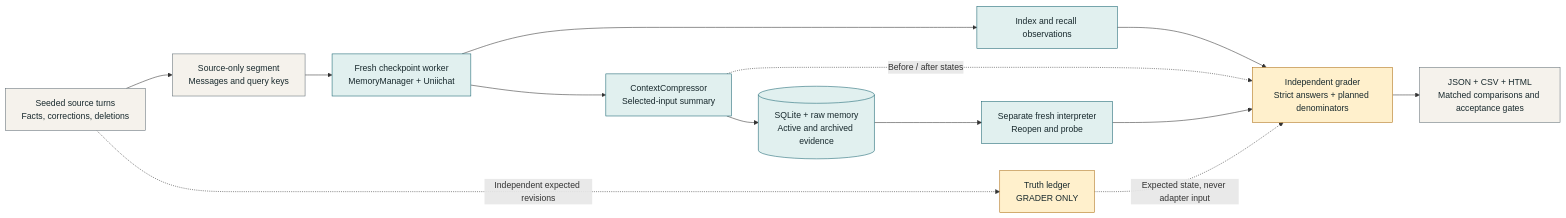
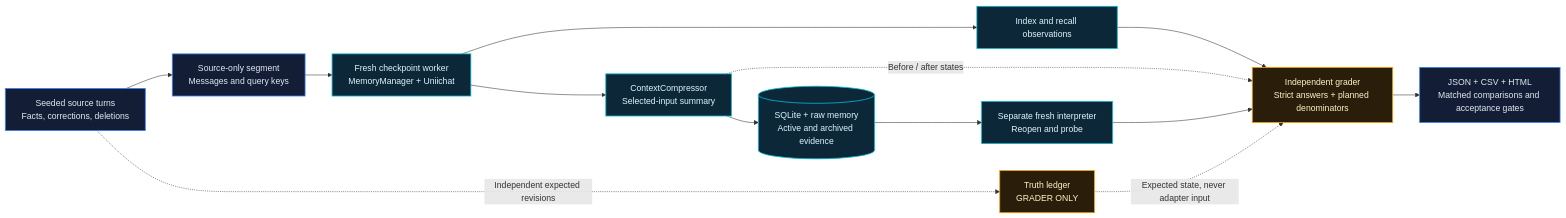
Before and after one commit to DevvGwardo/hermes-memory-lab: the diagram in docs/diagrams/evidence-flow.mmd, drawn with Mermaid. The commit also changed 8 other files, not shown here.

Commit message:
docs: theme Mermaid diagrams and images with Hermes dark branding

```diff
--- a/docs/diagrams/evidence-flow.mmd
+++ b/docs/diagrams/evidence-flow.mmd
@@ -1,19 +1,19 @@
 flowchart LR
     Source["Seeded source turns<br/>Facts, corrections, deletions"] --> Input["Source-only segment<br/>Messages and query keys"]
     Source -. "Independent expected revisions" .-> Ledger["Truth ledger<br/>GRADER ONLY"]
     Input --> Runtime["Fresh checkpoint worker<br/>MemoryManager + Uniichat"]
     Runtime --> Recall["Index and recall observations"]
     Runtime --> Compact["ContextCompressor<br/>Selected-input summary"]
     Compact --> DB[("SQLite + raw memory<br/>Active and archived evidence")]
     DB --> Restart["Separate fresh interpreter<br/>Reopen and probe"]
     Recall --> Grade["Independent grader<br/>Strict answers + planned denominators"]
     Compact -. "Before / after states" .-> Grade
     Restart --> Grade
     Ledger -. "Expected state, never adapter input" .-> Grade
     Grade --> Reports["JSON + CSV + HTML<br/>Matched comparisons and acceptance gates"]
-    classDef source fill:#f5f2ec,stroke:#626f77,color:#18292d
-    classDef real fill:#e1f0ef,stroke:#176370,color:#18292d
-    classDef grader fill:#fff0cc,stroke:#ad6f16,color:#18292d
+    classDef source fill:#131e36,stroke:#3b82f6,stroke-width:1.5px,color:#e2e8f0
+    classDef real fill:#0c2838,stroke:#06b6d4,stroke-width:1.5px,color:#e0f2fe
+    classDef grader fill:#2a1e0b,stroke:#f59e0b,stroke-width:1.5px,color:#fef3c7
     class Source,Input,Reports source
     class Runtime,Recall,Compact,DB,Restart real
     class Ledger,Grade grader
```
